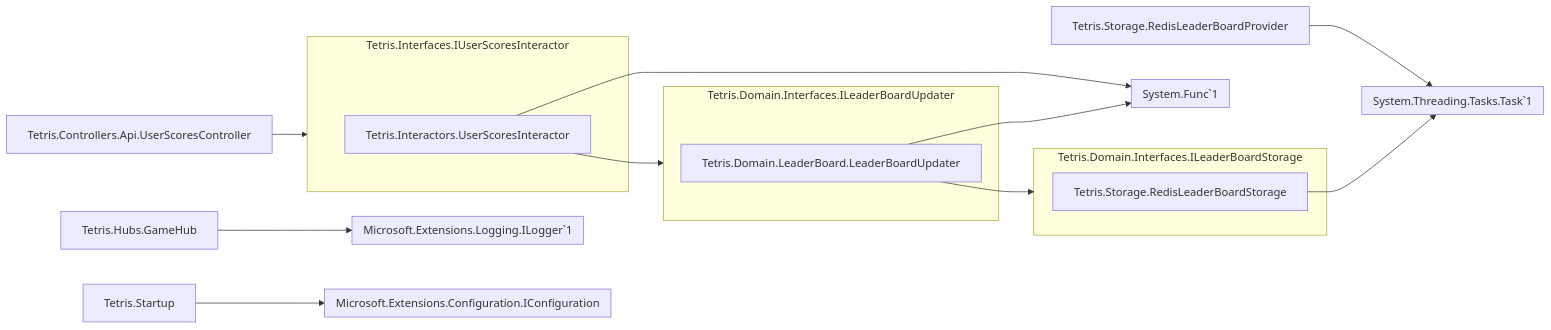
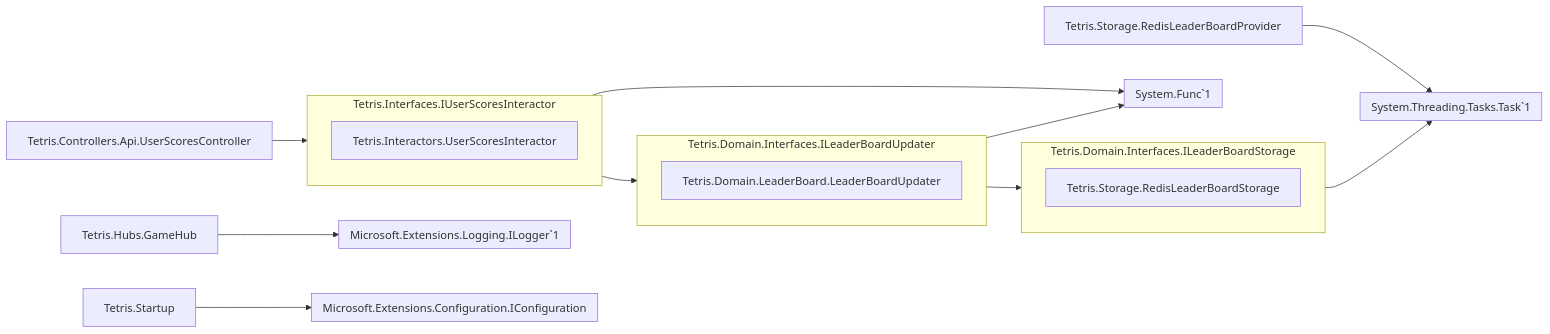
The diagram in README.md (stewie1570/tetris), drawn with Mermaid before and after one commit.

````diff
--- a/README.md
+++ b/README.md
@@ -29,48 +29,51 @@
 ```mermaid
 flowchart LR
   Tetris.Startup --> Microsoft.Extensions.Configuration.IConfiguration
   Tetris.Interactors.UserScoresInteractor --> Tetris.Domain.Interfaces.ILeaderBoardUpdater
   Tetris.Interactors.UserScoresInteractor --> System.Func`1
   Tetris.Hubs.GameHub --> Microsoft.Extensions.Logging.ILogger`1
   Tetris.Controllers.Api.UserScoresController --> Tetris.Interfaces.IUserScoresInteractor
   Tetris.Domain.LeaderBoard.LeaderBoardUpdater --> Tetris.Domain.Interfaces.ILeaderBoardStorage
   Tetris.Domain.LeaderBoard.LeaderBoardUpdater --> System.Func`1
   Tetris.Storage.RedisLeaderBoardProvider --> System.Threading.Tasks.Task`1
   Tetris.Storage.RedisLeaderBoardStorage --> System.Threading.Tasks.Task`1
 
 
     subgraph Microsoft.Extensions.Configuration.IConfiguration
 
     end
 
 
     subgraph Tetris.Domain.Interfaces.ILeaderBoardUpdater
+        direction TD
         Tetris.Domain.LeaderBoard.LeaderBoardUpdater
     end
 
 
     subgraph System.Func`1
 
     end
 
 
     subgraph Microsoft.Extensions.Logging.ILogger`1
 
     end
 
 
     subgraph Tetris.Interfaces.IUserScoresInteractor
+        direction TD
         Tetris.Interactors.UserScoresInteractor
     end
 
 
     subgraph Tetris.Domain.Interfaces.ILeaderBoardStorage
+        direction TD
         Tetris.Storage.RedisLeaderBoardStorage
     end
 
 
     subgraph System.Threading.Tasks.Task`1
 
     end
 
 ```
````
